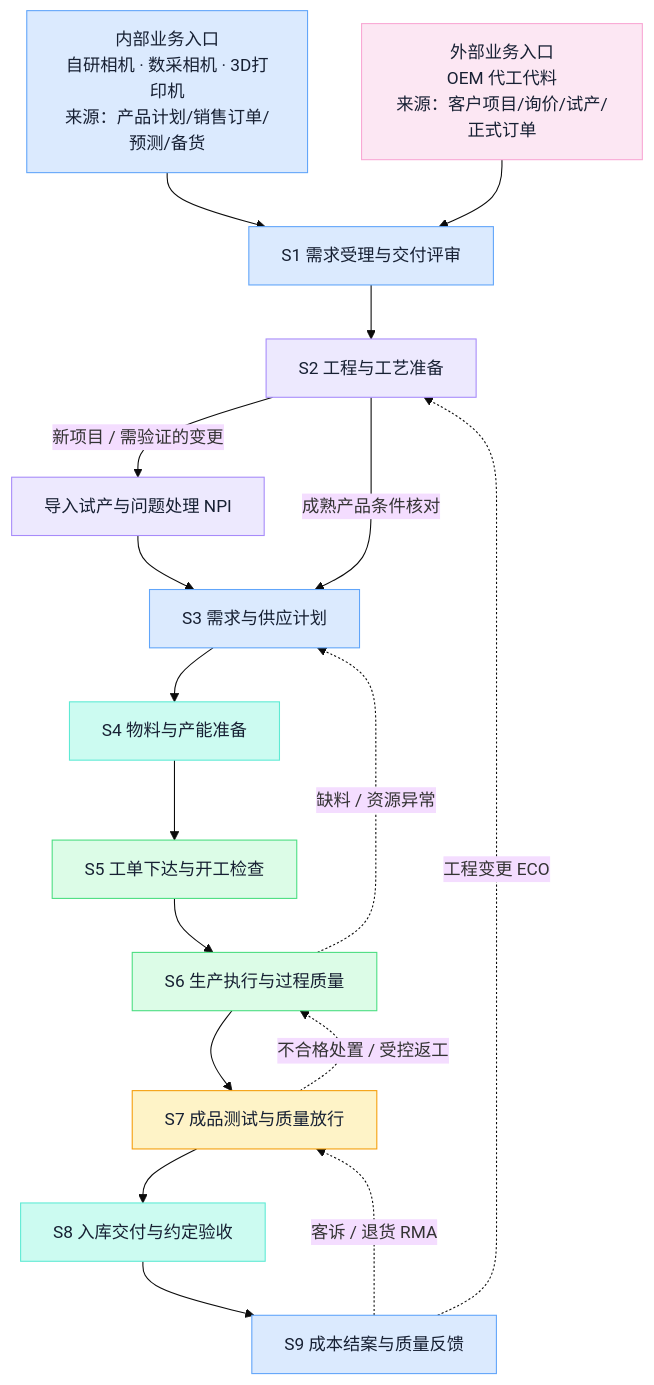
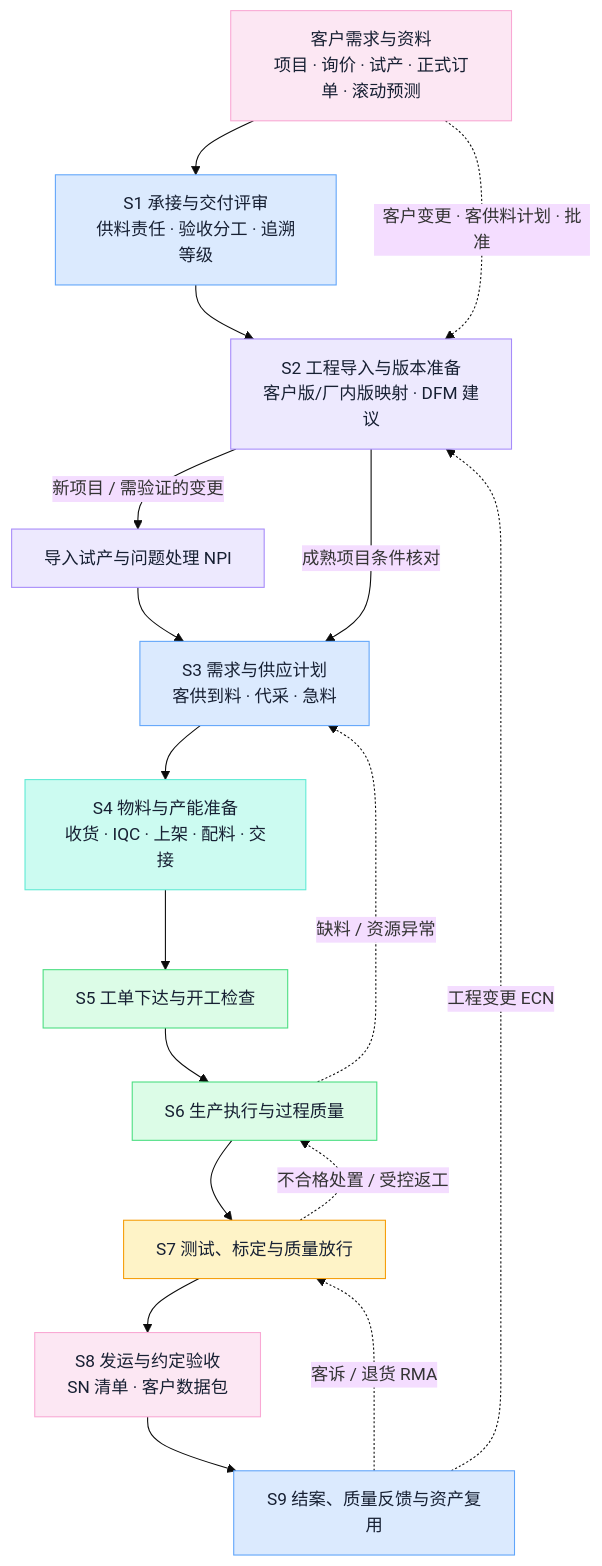
Before and after one commit to ink-hz/AI-Manufacturing-Platform: the first of 18 diagrams in docs/manufacturing-system-handbook.md, drawn with Mermaid (base theme). The commit also changed other lines of this file and 9 other files, not shown here.

First line of the commit message:
docs: OEM revision of handbook, architecture, flows and design document

````diff
--- a/docs/manufacturing-system-handbook.md
+++ b/docs/manufacturing-system-handbook.md
@@ -25,33 +39,33 @@
 ```mermaid
 flowchart TD
-    A[内部业务入口<br/>自研相机 · 数采相机 · 3D打印机<br/>来源：产品计划/销售订单/预测/备货] --> C
-    B[外部业务入口<br/>OEM 代工代料<br/>来源：客户项目/询价/试产/正式订单] --> C
-    C[S1 需求受理与交付评审] --> D[S2 工程与工艺准备]
-    D -->|新项目 / 需验证的变更| T[导入试产与问题处理 NPI]
-    T --> E[S3 需求与供应计划]
-    D -->|成熟产品条件核对| E
-    E --> F[S4 物料与产能准备]
-    F --> G[S5 工单下达与开工检查]
-    G --> H[S6 生产执行与过程质量]
-    H --> I[S7 成品测试与质量放行]
-    I --> J[S8 入库交付与约定验收]
-    J --> K[S9 成本结案与质量反馈]
-    H -.缺料 / 资源异常.-> E
-    I -.不合格处置 / 受控返工.-> H
-    K -.工程变更 ECO.-> D
-    K -.客诉 / 退货 RMA.-> I
-    class A,C,E,K biz
-    class B cust
+    A["客户需求与资料<br/>项目 · 询价 · 试产 · 正式订单 · 滚动预测"] --> C["S1 承接与交付评审<br/>供料责任 · 验收分工 · 追溯等级"]
+    C --> D["S2 工程导入与版本准备<br/>客户版/厂内版映射 · DFM 建议"]
+    D -->|"新项目 / 需验证的变更"| T["导入试产与问题处理 NPI"]
+    T --> E["S3 需求与供应计划<br/>客供到料 · 代采 · 急料"]
+    D -->|"成熟项目条件核对"| E
+    E --> F["S4 物料与产能准备<br/>收货 · IQC · 上架 · 配料 · 交接"]
+    F --> G["S5 工单下达与开工检查"]
+    G --> H["S6 生产执行与过程质量"]
+    H --> I["S7 测试、标定与质量放行"]
+    I --> J["S8 发运与约定验收<br/>SN 清单 · 客户数据包"]
+    J --> K["S9 结案、质量反馈与资产复用"]
+    H -.->|"缺料 / 资源异常"| E
+    I -.->|"不合格处置 / 受控返工"| H
+    K -.->|"工程变更 ECN"| D
+    K -.->|"客诉 / 退货 RMA"| I
+    A -.->|"客户变更 · 客供料计划 · 批准"| D
+    class A,J cust
+    class C,E,K biz
     class D,T eng
-    class F,J flow
+    class F flow
     class G,H exec
     class I qa
     classDef biz fill:#DBEAFE,stroke:#60A5FA,color:#172033;
     classDef eng fill:#EDE9FE,stroke:#A78BFA,color:#172033;
     classDef flow fill:#CCFBF1,stroke:#5EEAD4,color:#172033;
     classDef exec fill:#DCFCE7,stroke:#4ADE80,color:#172033;
     classDef qa fill:#FEF3C7,stroke:#F59E0B,color:#172033;
+    classDef cust fill:#FCE7F3,stroke:#F9A8D4,color:#172033;
     classDef risk fill:#FEE2E2,stroke:#F87171,color:#172033;
-    classDef cust fill:#FCE7F3,stroke:#F9A8D4,color:#172033;
     classDef store fill:#F3F4F6,stroke:#9CA3AF,color:#172033;
 ```
````
